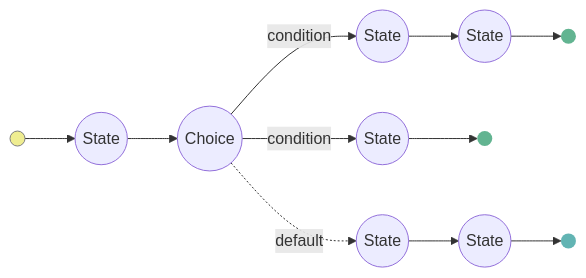
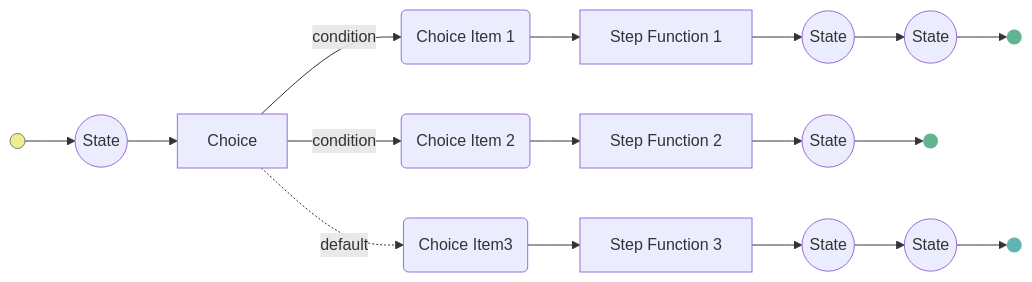
Before and after one commit to inocan-group/aws-orchestrate: the third of 5 diagrams in docs/step-fns.md, drawn with Mermaid. The commit also changed other lines of this file, not shown here.

````diff
--- a/docs/step-fns.md
+++ b/docs/step-fns.md
@@ -215,18 +206,24 @@
-``` mermaid
+```mermaid
 graph LR
     START(( )) --> S1((State))
-    S1 --> C1((Choice))
-    C1 -->|condition| C11((State))
+    S1 --> C1[Choice]
+    C1 -->|condition| CI1(Choice Item 1)
+    CI1 --> SF1[Step Function 1]
+    SF1 --> C11((State))
     C11 --> C12((State))
     C12 --> E1(( ))
-    C1 -->|condition| C21((State))
+    C1 -->|condition| CI2(Choice Item 2)
+    CI2 --> SF2[Step Function 2]
+    SF2 --> C21((State))
     C21 --> E2(( ))
-    C1 -.->|default| C31((State))
+    C1 -.->|default| CI3(Choice Item3)
+    CI3 --> SF3[Step Function 3]
+    SF3 --> C31((State))
     C31 --> C32((State))
     C32 --> E3(( ))
 
     style START fill:#EFED91,stroke:#7E7E7E,stroke-width:1px,color:#aaa
     style E1 fill:#62B491,stroke:#62B491,stroke-width:0px,color:#aaa
     style E2 fill:#62B491,stroke:#62B491,stroke-width:0px,color:#aaa
     style E3 fill:#62B4B3,stroke:#62B4B3,stroke-width:0px,color:#aaa
 ```
````
